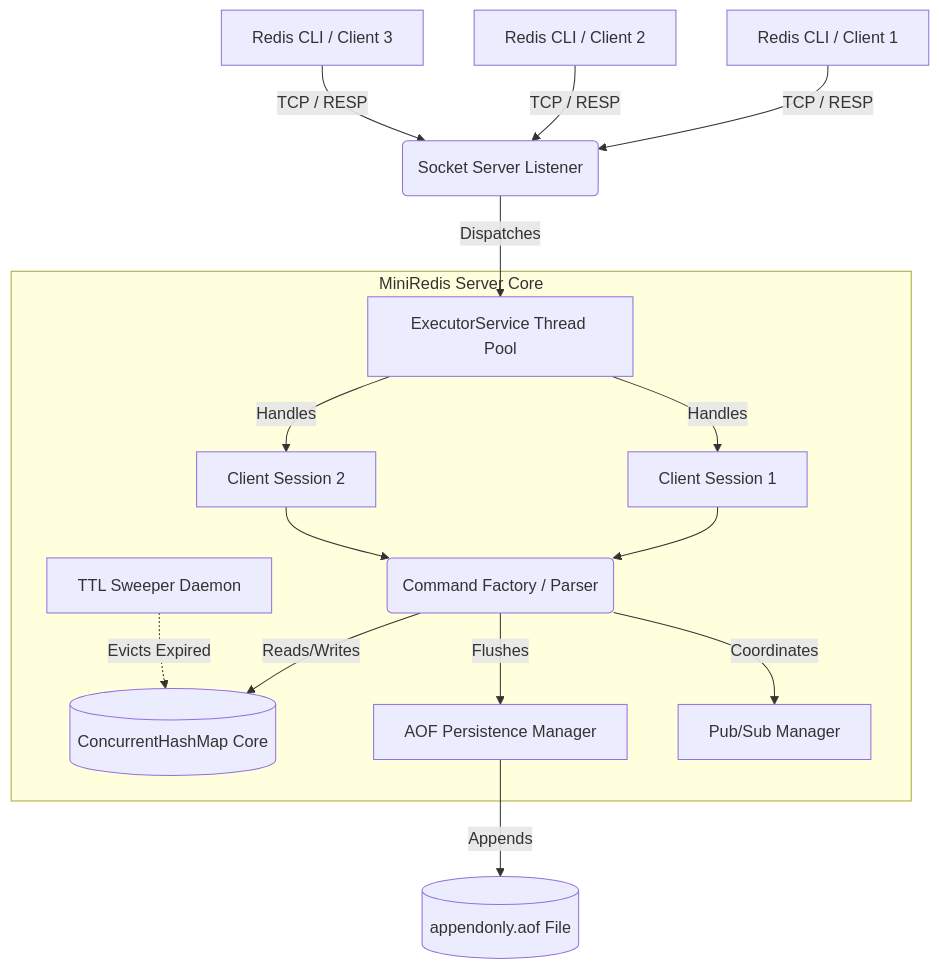
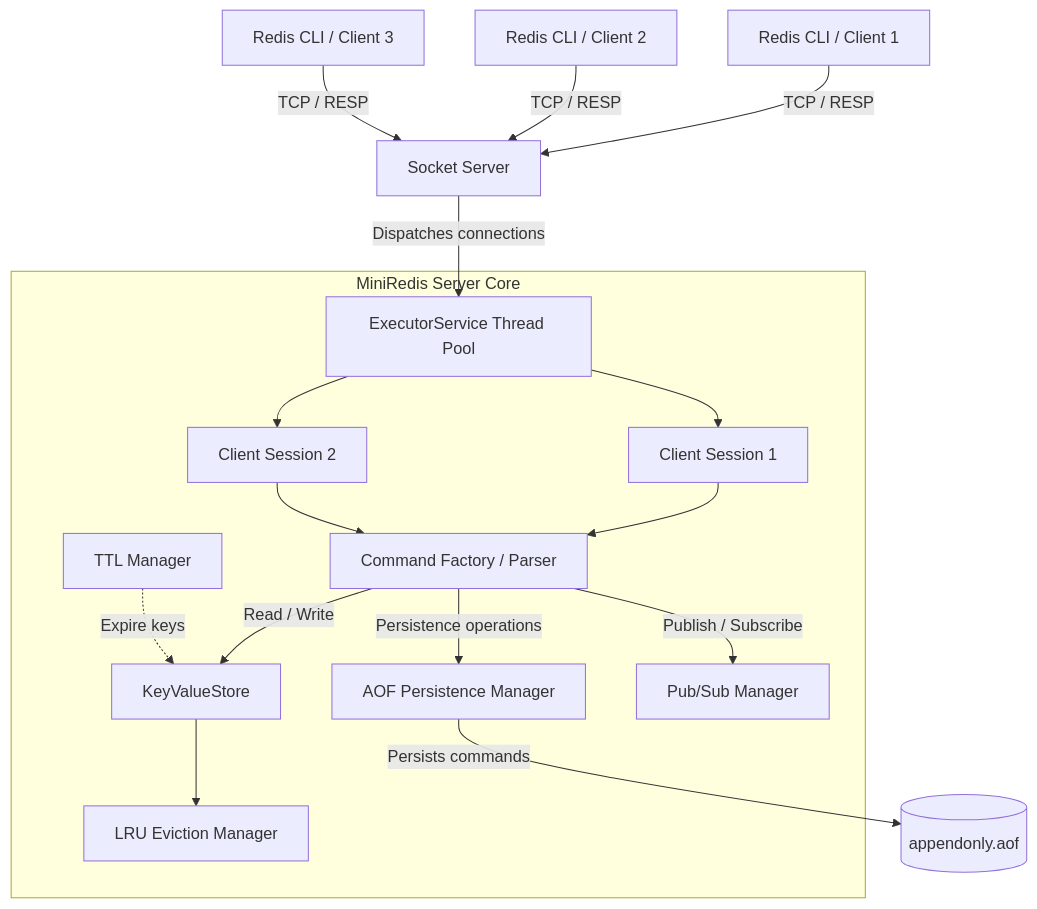
Before and after one commit to shubham11045/MiniRedis: the diagram in README.md, drawn with Mermaid. The commit also changed other lines of this file, not shown here.

````diff
--- a/README.md
+++ b/README.md
@@ -15,24 +21,26 @@
 ```mermaid
 graph TD
-    Client1[Redis CLI / Client 1] -->|TCP / RESP| SocketServer(Socket Server Listener)
-    Client2[Redis CLI / Client 2] -->|TCP / RESP| SocketServer
-    Client3[Redis CLI / Client 3] -->|TCP / RESP| SocketServer
+    Client1[Redis CLI / Client 1] -->|TCP / RESP| Server[Socket Server]
+    Client2[Redis CLI / Client 2] -->|TCP / RESP| Server
+    Client3[Redis CLI / Client 3] -->|TCP / RESP| Server
 
-    SocketServer -->|Dispatches| ThreadPool[ExecutorService Thread Pool]
+    Server -->|Dispatches connections| Pool[ExecutorService Thread Pool]
 
-    subgraph "MiniRedis Server Core"
-        ThreadPool -->|Handles| ClientSession1[Client Session 1]
-        ThreadPool -->|Handles| ClientSession2[Client Session 2]
-        
-        ClientSession1 --> CommandFactory(Command Factory / Parser)
-        ClientSession2 --> CommandFactory
+    subgraph Core["MiniRedis Server Core"]
+        Pool --> Session1[Client Session 1]
+        Pool --> Session2[Client Session 2]
 
-        CommandFactory -->|Reads/Writes| KeyValueStore[(ConcurrentHashMap Core)]
-        CommandFactory -->|Flushes| AOF[AOF Persistence Manager]
-        CommandFactory -->|Coordinates| PubSub[Pub/Sub Manager]
-        
-        TTL[TTL Sweeper Daemon] -.->|Evicts Expired| KeyValueStore
+        Session1 --> Factory[Command Factory / Parser]
+        Session2 --> Factory
+
+        Factory -->|Read / Write| Store[KeyValueStore]
+        Store --> LRU[LRU Eviction Manager]
+
+        Factory -->|Persistence operations| AOF[AOF Persistence Manager]
+        Factory -->|Publish / Subscribe| PubSub[Pub/Sub Manager]
+
+        TTL[TTL Manager] -.->|Expire keys| Store
     end
 
-    AOF -->|Appends| Disk[(appendonly.aof File)]
+    AOF -->|Persists commands| Disk[(appendonly.aof)]
 ```
````
